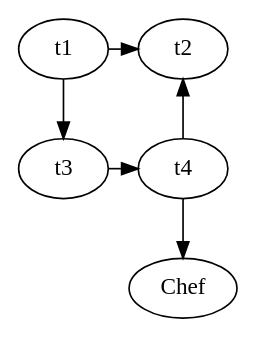
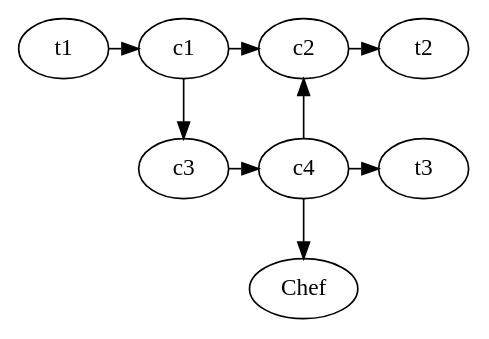
Before and after one commit to sixers-sdp/sixers: the diagram in api/map/dot_map.dot, drawn with Graphviz. The commit also changed 1 other file, not shown here.

```diff
--- a/api/map/dot_map.dot
+++ b/api/map/dot_map.dot
@@ -1,11 +1,16 @@
 digraph g {
-    t1 -> t2 [tailport=e headport=w];
-    t1 -> t3 [tailport=s headport=n];
-    t3 -> t4 [tailport=e headport=w];
-    t4 -> t2 [tailport=n headport=s];
+    t1 -> c1 [tailport=e headport=w];
 
-    t4 -> Chef [tailport=s headport=n];
+    c1 -> c2 [tailport=e headport=w];
+    c2 -> t2 [tailport=e headport=w]
 
-	{ rank=same; t1 t2 }
-	{ rank=same; t3 t4 }
+    c1 -> c3 [tailport=s headport=n];
+    c3 -> c4 [tailport=e headport=w];
+    c4 -> c2 [tailport=n headport=s];
+    c4 -> t3 [tailport=e headport=w]
+
+    c4 -> Chef [tailport=s headport=n];
+
+	{ rank=same; t1 c1 c2 t2}
+	{ rank=same; c3 c4 t3}
 }
```
